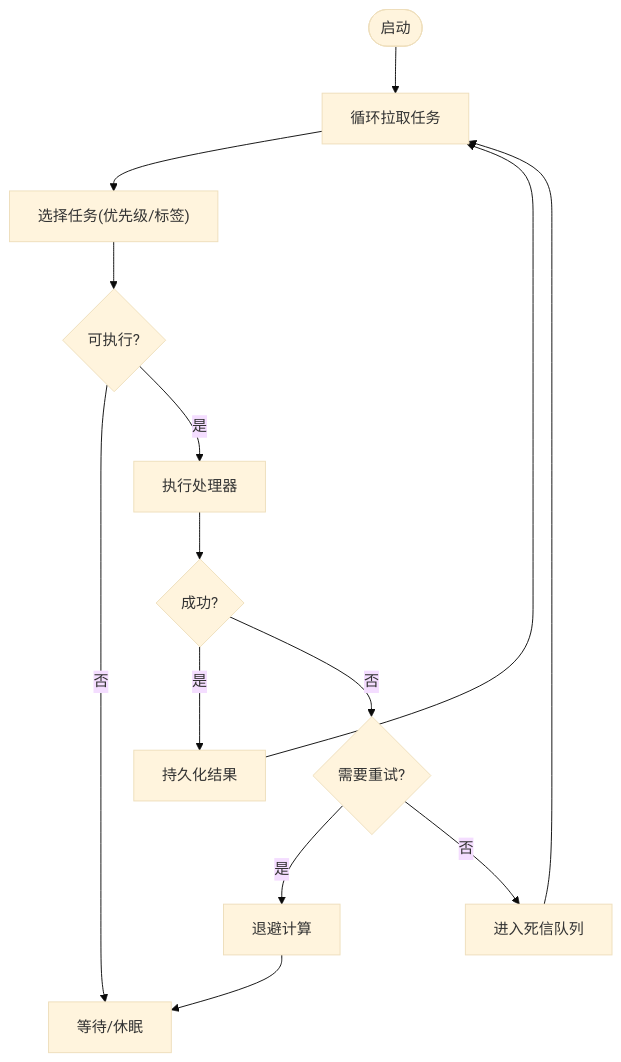
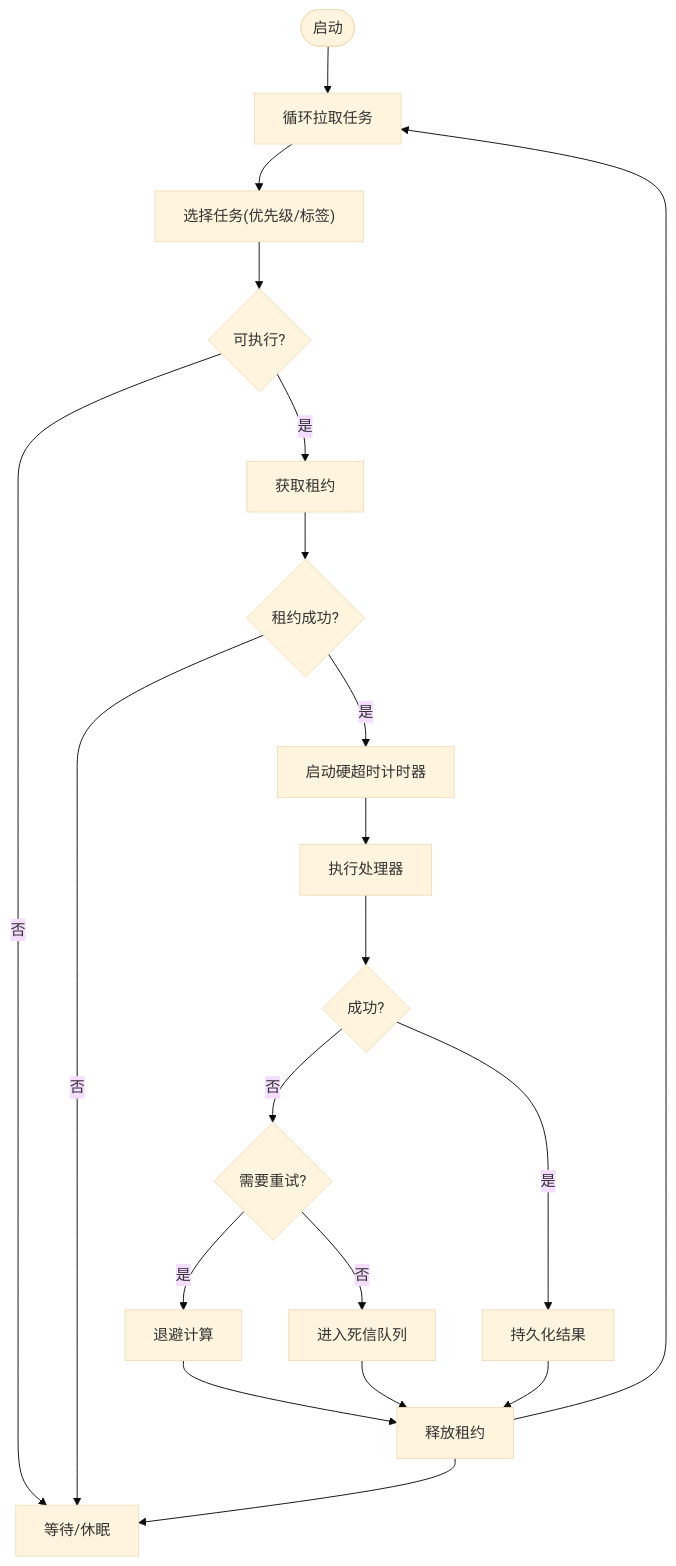
Before and after one commit to scottcwy/PurpleInk: the third of 6 diagrams in .qoder/repowiki/zh/content/后端架构/任务处理/任务处理.md, drawn with Mermaid (base theme). The commit also changed other lines of this file and 37 other files, not shown here.

````diff
--- a/.qoder/repowiki/zh/content/后端架构/任务处理/任务处理.md
+++ b/.qoder/repowiki/zh/content/后端架构/任务处理/任务处理.md
@@ -164,16 +182,22 @@
 ```mermaid
 flowchart TD
 Start(["启动"]) --> Loop["循环拉取任务"]
 Loop --> Pick["选择任务(优先级/标签)"]
 Pick --> Execute{"可执行?"}
 Execute --> |否| Wait["等待/休眠"]
-Execute --> |是| Run["执行处理器"]
+Execute --> |是| AcquireLease["获取租约"]
+AcquireLease --> LeaseSuccess{"租约成功?"}
+LeaseSuccess --> |否| Wait
+LeaseSuccess --> |是| StartTimer["启动硬超时计时器"]
+StartTimer --> Run["执行处理器"]
 Run --> Success{"成功?"}
 Success --> |是| Persist["持久化结果"]
 Success --> |否| RetryCheck{"需要重试?"}
 RetryCheck --> |是| Backoff["退避计算"]
 RetryCheck --> |否| DeadLetter["进入死信队列"]
-Backoff --> Wait
-Persist --> Loop
-DeadLetter --> Loop
+Backoff --> ReleaseLease["释放租约"]
+DeadLetter --> ReleaseLease
+ReleaseLease --> Wait
+Persist --> ReleaseLease
+ReleaseLease --> Loop
 ```
````
